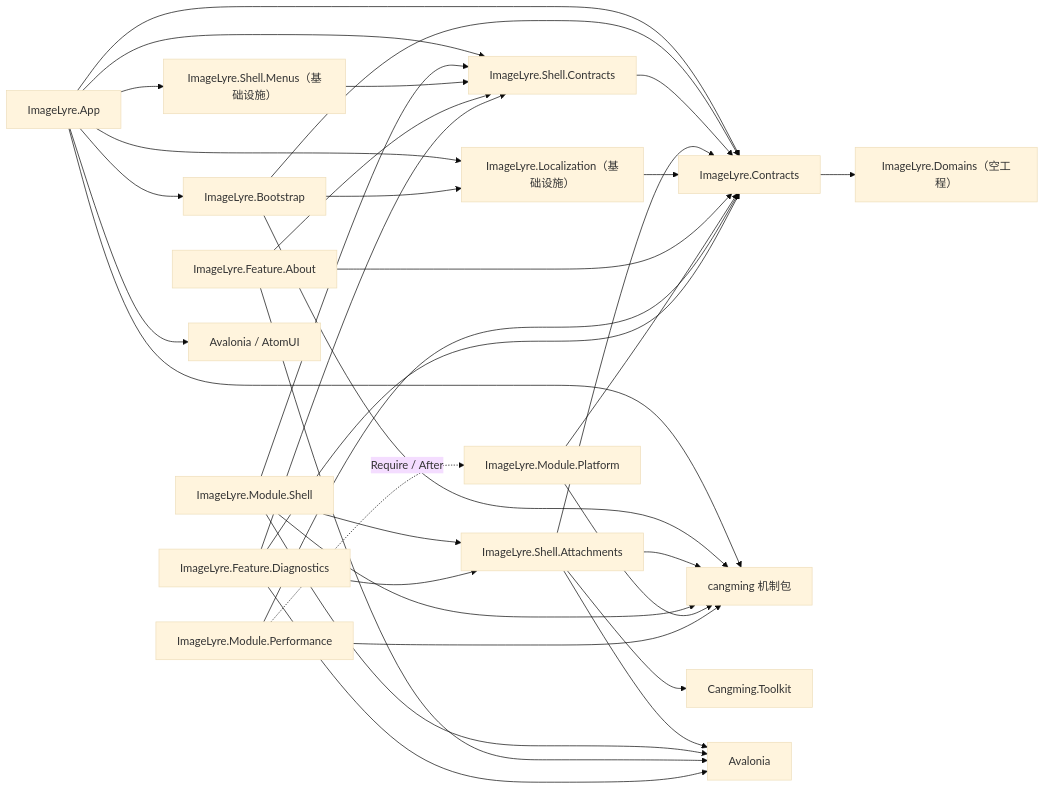
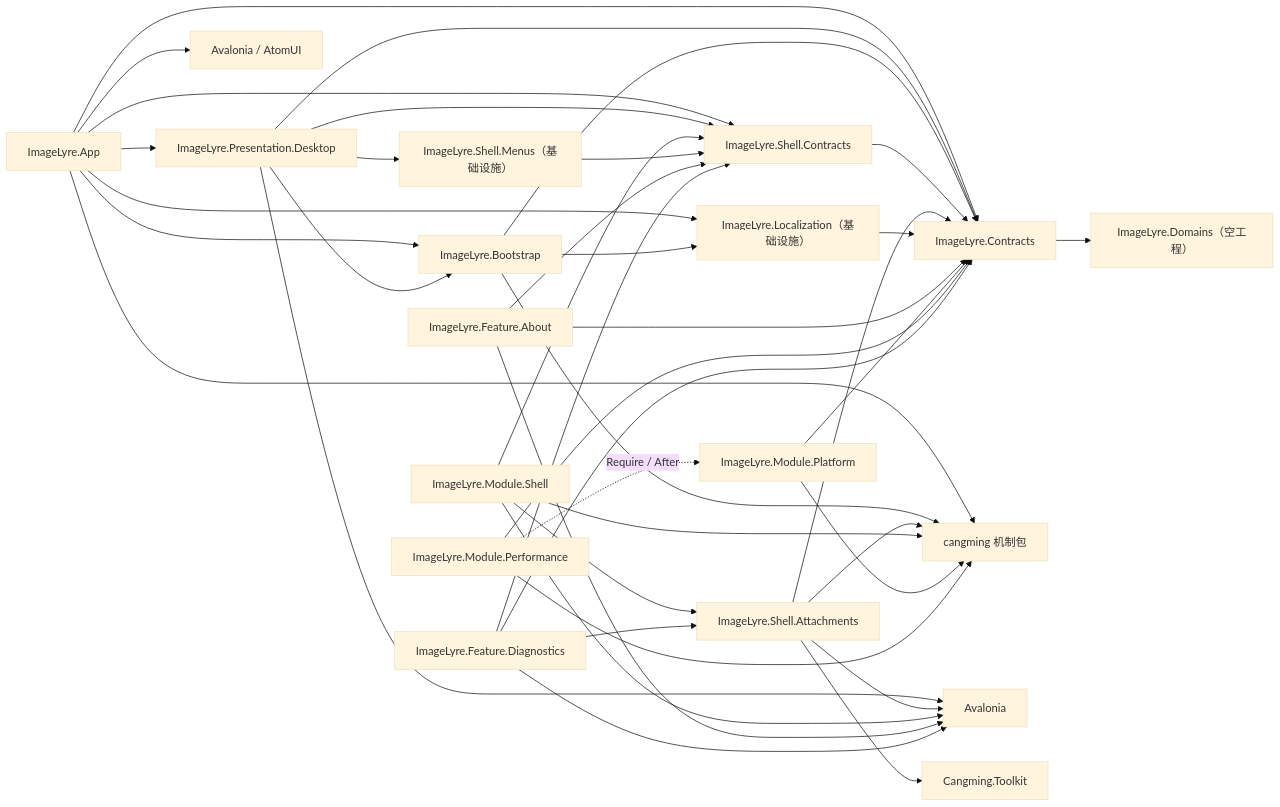
One commit to xknife-erian/ImageLyre changed the first of 2 diagrams in docs/design/lukan/DESIGN-0001-M1-插件骨架.md. Above: the diagram before and after it, drawn with Mermaid (base theme). The commit also changed other lines of this file and 20 other files, not shown here.

````diff
--- a/docs/design/lukan/DESIGN-0001-M1-插件骨架.md
+++ b/docs/design/lukan/DESIGN-0001-M1-插件骨架.md
@@ -102,51 +103,57 @@
 ```mermaid
 flowchart LR
     BOOT["ImageLyre.Bootstrap"]
     APP["ImageLyre.App"]
+    PD["ImageLyre.Presentation.Desktop"]
     SC["ImageLyre.Shell.Contracts"]
     SA["ImageLyre.Shell.Attachments"]
     DC["ImageLyre.Contracts"]
     DN["ImageLyre.Domains（空工程）"]
     MS["ImageLyre.Module.Shell"]
     LOC["ImageLyre.Localization（基础设施）"]
     MENUS["ImageLyre.Shell.Menus（基础设施）"]
     MC["ImageLyre.Module.Platform"]
     MG["ImageLyre.Module.Performance"]
     FD["ImageLyre.Feature.Diagnostics"]
     ABOUT["ImageLyre.Feature.About"]
 
+    APP --> PD
     APP --> BOOT
     APP --> SC
     APP --> DC
     APP --> CM
     APP --> AV["Avalonia / AtomUI"]
+    PD --> BOOT
+    PD --> SC
+    PD --> DC
+    PD --> MENUS
+    PD --> AVL["Avalonia"]
     BOOT --> CM["cangming 机制包"]
     BOOT --> DC
     SC --> DC
     SA --> DC
     SA --> CM
     SA --> TK["Cangming.Toolkit"]
-    SA --> AVL["Avalonia"]
+    SA --> AVL
     DC --> DN
     MS --> SC
     MS --> SA
     MS --> CM
     MS --> AVL
     LOC --> DC
     APP --> LOC
     BOOT --> LOC
     MENUS --> SC
-    APP --> MENUS
     ABOUT --> SC
     ABOUT --> DC
     ABOUT --> AVL
     MC --> DC
     MC --> CM
     MG --> DC
     MG --> CM
     MG -.->|"Require / After"| MC
     FD --> SC
     FD --> SA
     FD --> DC
     FD --> AVL
 ```
````
